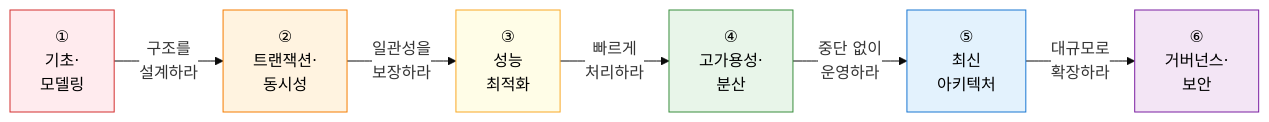
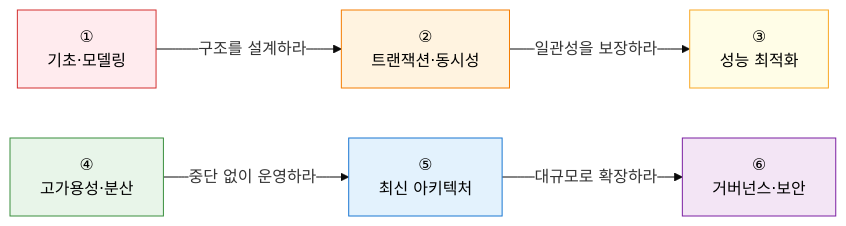
The diagram in content/docs/02-database/_index.md (jeonck/itpe-KM), drawn with Mermaid before and after one commit.

Commit message:
style: 데이터베이스 로드맵 2행 가로 레이아웃 + 연결 레이블 유지
flowchart LR 두 체인 분리(3+3)로 2행 배치
- 행1: ①기초·모델링 → ②트랜잭션 → ③성능최적화 (연결문 유지)
- 행2: ④고가용성 → ⑤최신아키텍처 → ⑥거버넌스 (연결문 유지)

````diff
--- a/content/docs/02-database/_index.md
+++ b/content/docs/02-database/_index.md
@@ -11,16 +11,18 @@
 ```mermaid
 %%{init: { 'theme': 'base', 'themeVariables': { 'edgeLabelBackground': '#fff' }}}%%
 flowchart LR
-    A["①<br/>기초·<br/>모델링"] --"구조를<br/>설계하라"--> B["②<br/>트랜잭션·<br/>동시성"]
-    B --"일관성을<br/>보장하라"--> C["③<br/>성능<br/>최적화"]
-    C --"빠르게<br/>처리하라"--> D["④<br/>고가용성·<br/>분산"]
-    D --"중단 없이<br/>운영하라"--> E["⑤<br/>최신<br/>아키텍처"]
-    E --"대규모로<br/>확장하라"--> F["⑥<br/>거버넌스·<br/>보안"]
-
+    A["①<br/>기초·모델링"]
+    B["②<br/>트랜잭션·동시성"]
+    C["③<br/>성능 최적화"]
+    D["④<br/>고가용성·분산"]
+    E["⑤<br/>최신 아키텍처"]
+    F["⑥<br/>거버넌스·보안"]
+    A --"구조를 설계하라"--> B --"일관성을 보장하라"--> C
+    D --"중단 없이 운영하라"--> E --"대규모로 확장하라"--> F
     style A fill:#FFEBEE,stroke:#D32F2F,color:#000
     style B fill:#FFF3E0,stroke:#F57C00,color:#000
     style C fill:#FFFDE7,stroke:#F9A825,color:#000
     style D fill:#E8F5E9,stroke:#388E3C,color:#000
     style E fill:#E3F2FD,stroke:#1976D2,color:#000
     style F fill:#F3E5F5,stroke:#7B1FA2,color:#000
 ```
````
